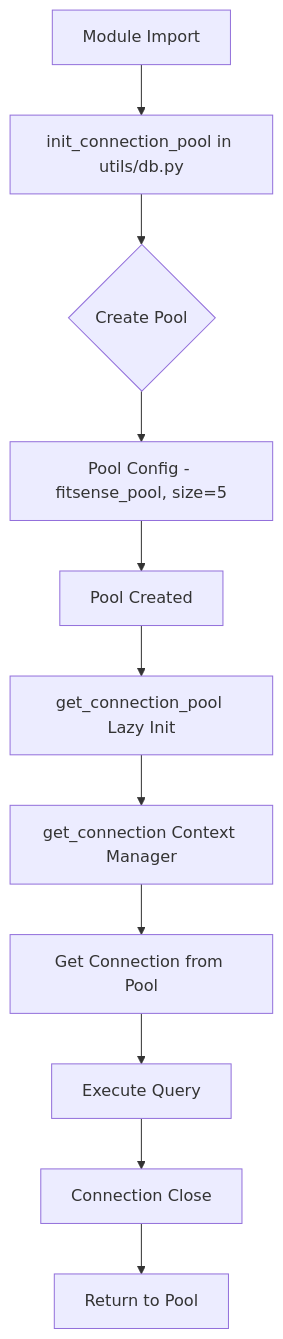
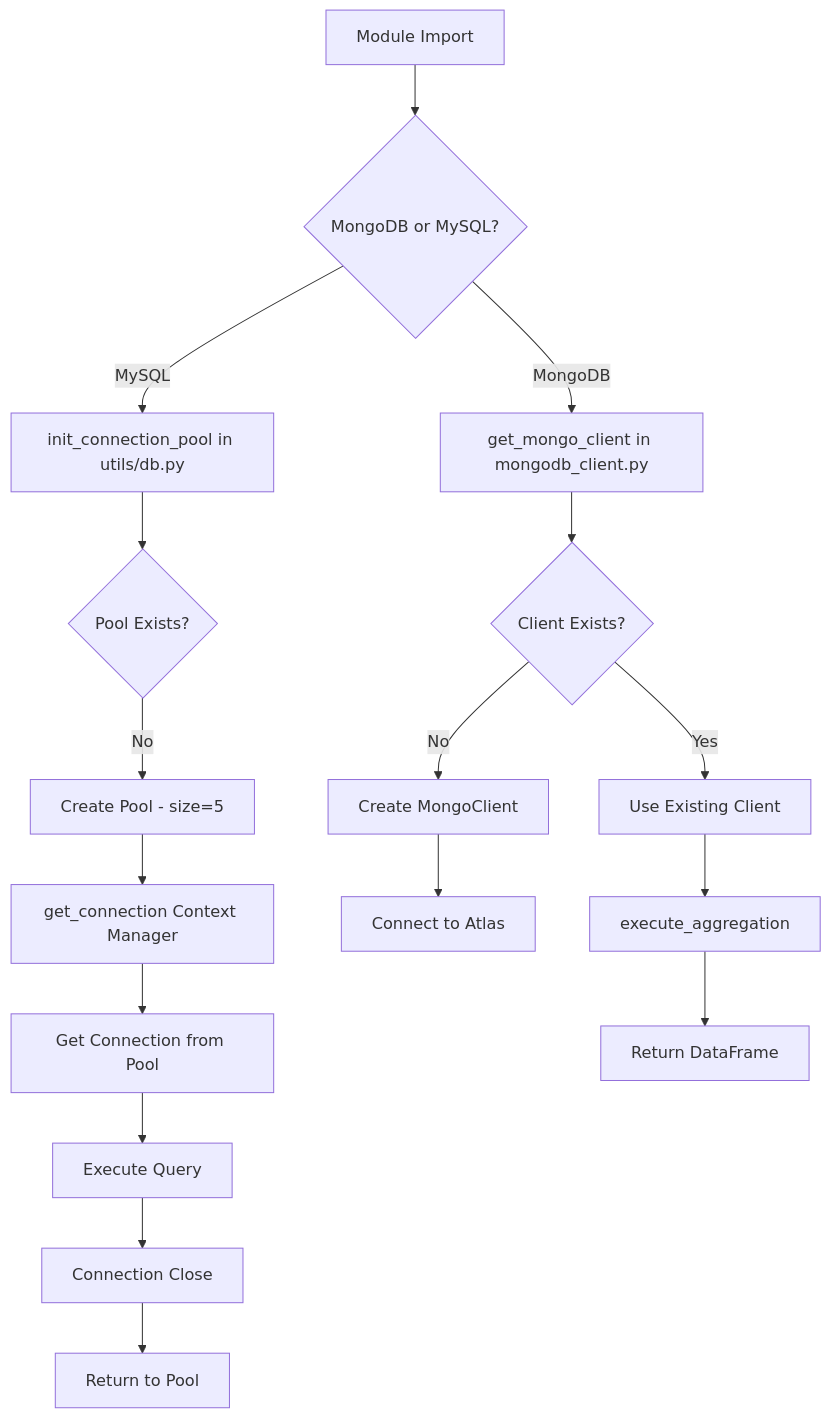
The sixth of 7 diagrams in README.md (abhinavdev24/dma-project-fitsense-ai), drawn with Mermaid before and after one commit. The commit also changed other lines of this file and 22 other files, not shown here.

````diff
--- a/README.md
+++ b/README.md
@@ -478,13 +606,21 @@
 ```mermaid
 flowchart TD
-    A[Module Import] --> B[init_connection_pool in utils/db.py]
-    B --> C{Create Pool}
-    C --> D[Pool Config - fitsense_pool, size=5]
-    D --> E[Pool Created]
-    E --> F[get_connection_pool Lazy Init]
-    F --> G[get_connection Context Manager]
-    G --> H[Get Connection from Pool]
-    H --> I[Execute Query]
-    I --> J[Connection Close]
-    J --> K[Return to Pool]
+    A[Module Import] --> B{MongoDB or MySQL?}
+
+    B -->|MySQL| C[init_connection_pool in utils/db.py]
+    C --> D{Pool Exists?}
+    D -->|No| E[Create Pool - size=5]
+    E --> F[get_connection Context Manager]
+    F --> G[Get Connection from Pool]
+    G --> H[Execute Query]
+    H --> I[Connection Close]
+    I --> J[Return to Pool]
+
+    B -->|MongoDB| K[get_mongo_client in mongodb_client.py]
+    K --> L{Client Exists?}
+    L -->|No| M[Create MongoClient]
+    M --> N[Connect to Atlas]
+    L -->|Yes| O[Use Existing Client]
+    O --> P[execute_aggregation]
+    P --> Q[Return DataFrame]
 ```
````
